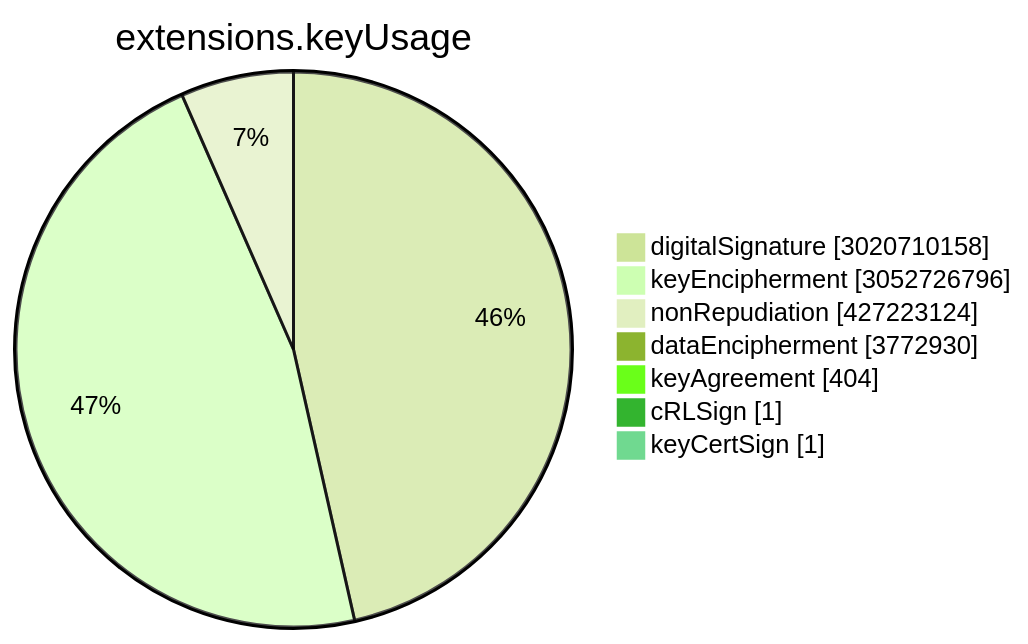
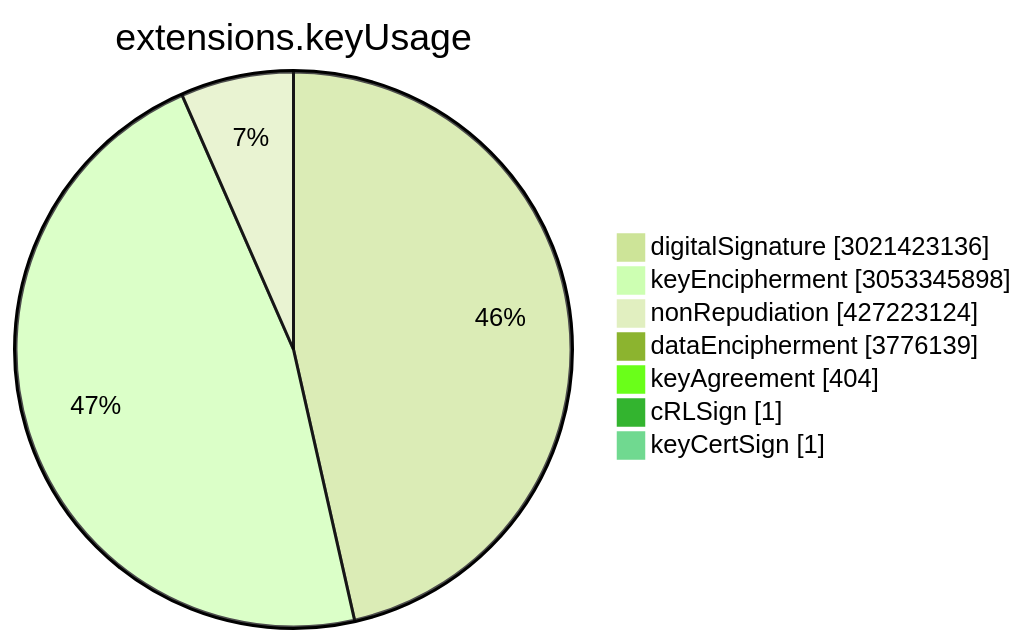
The sixth of 15 diagrams in TOTAL/README.md (christiankrug/ctmonitor_visualization), drawn with Mermaid (forest theme) before and after one commit. The commit also changed other lines of this file, not shown here.

````diff
--- a/TOTAL/README.md
+++ b/TOTAL/README.md
@@ -3077,11 +3077,11 @@
 ```mermaid
 pie showData
 title extensions.keyUsage
-"digitalSignature" :3020710158
-"keyEncipherment" :3052726796
+"digitalSignature" :3021423136
+"keyEncipherment" :3053345898
 "nonRepudiation" :427223124
-"dataEncipherment" :3772930
+"dataEncipherment" :3776139
 "keyAgreement" :404
 "cRLSign" :1
 "keyCertSign" :1
 ```
````
